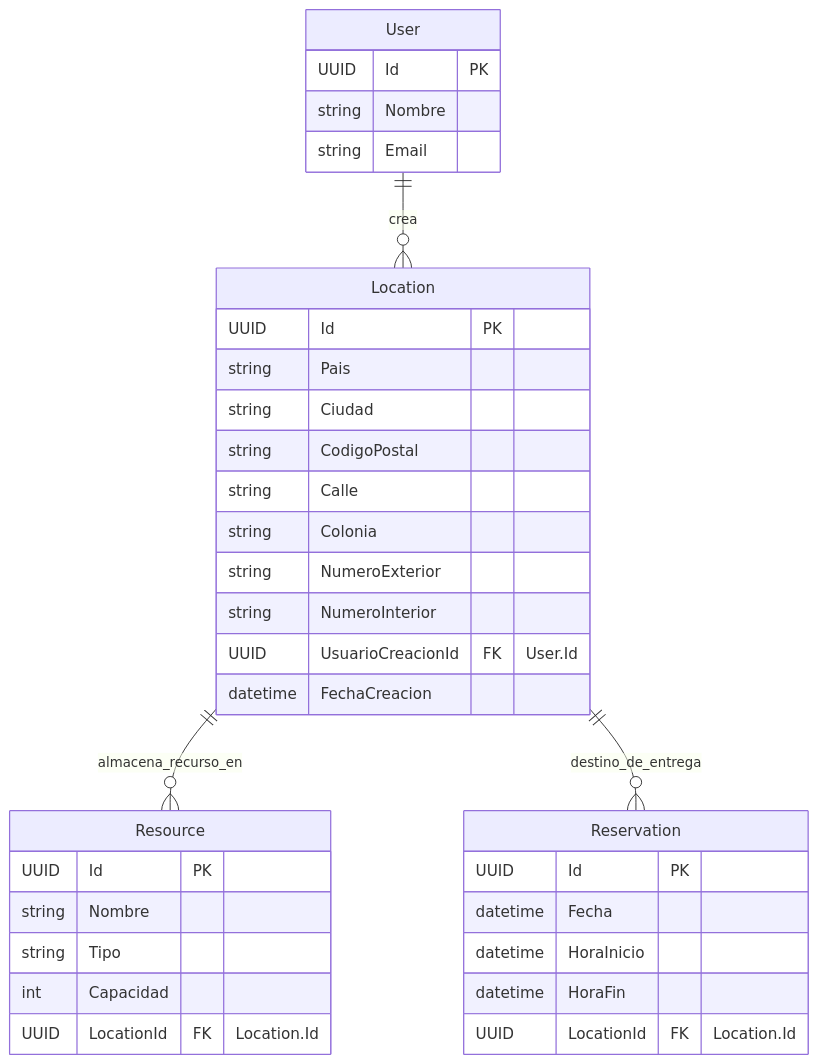
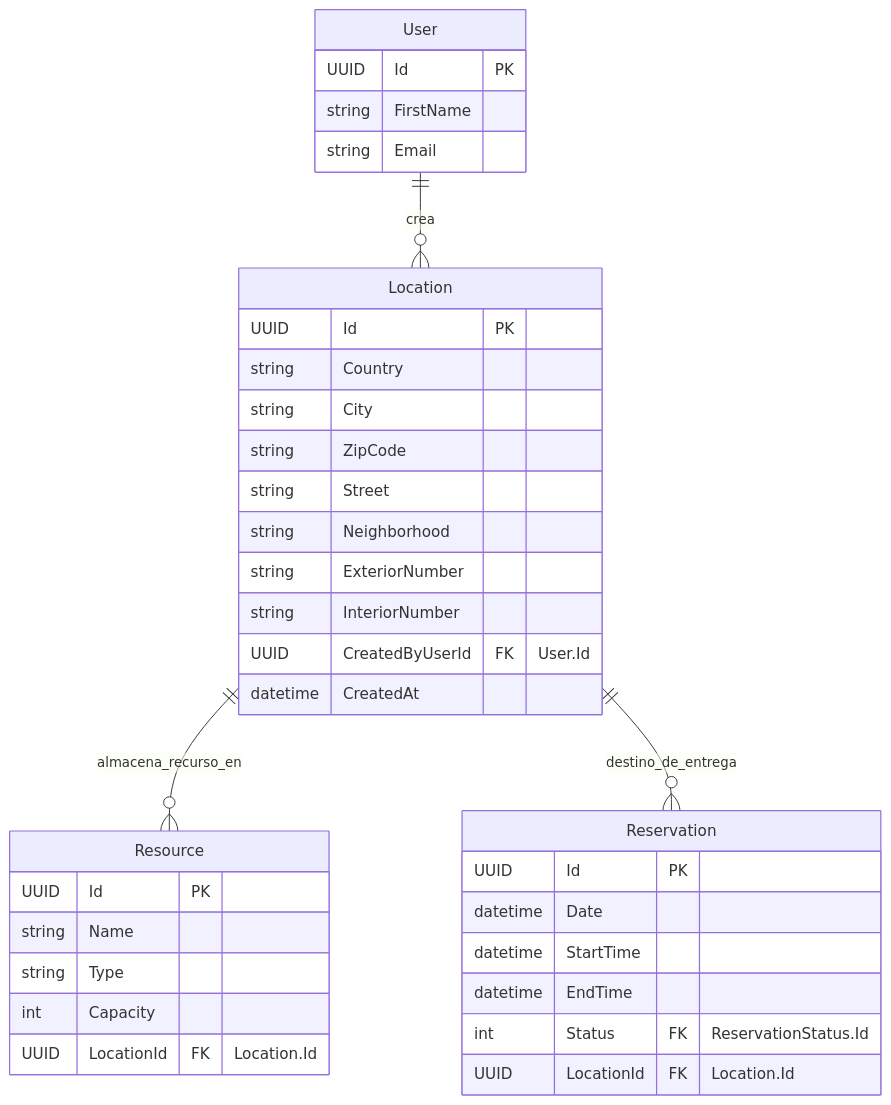
Before and after one commit to jose-angell/EventResourceReservationAppDocs: the diagram in docs/backend/models-domain/location.md, drawn with Mermaid. The commit also changed other lines of this file and 7 other files, not shown here.

````diff
--- a/docs/backend/models-domain/location.md
+++ b/docs/backend/models-domain/location.md
@@ -38,42 +38,42 @@
 ```mermaid
 erDiagram
     User {
         UUID Id PK
-        string Nombre
+        string FirstName
         string Email
     }
-    
    
     Location {
         UUID Id PK
-        string Pais
-        string Ciudad
-        string CodigoPostal
-        string Calle
-        string Colonia
-        string NumeroExterior
-        string NumeroInterior
-        UUID UsuarioCreacionId FK "User.Id"
-        datetime FechaCreacion
+        string Country
+        string City
+        string ZipCode
+        string Street
+        string Neighborhood
+        string ExteriorNumber
+        string InteriorNumber
+        UUID CreatedByUserId FK "User.Id"
+        datetime CreatedAt
     }
 
     Resource {
         UUID Id PK
-        string Nombre
-        string Tipo
-        int Capacidad
+        string Name
+        string Type
+        int Capacity
         UUID LocationId FK "Location.Id"
     }
 
     Reservation {
         UUID Id PK
-        datetime Fecha
-        datetime HoraInicio
-        datetime HoraFin
-        UUID LocationId FK "Location.Id"  
+        datetime Date
+        datetime StartTime
+        datetime EndTime
+        int Status FK "ReservationStatus.Id"
+        UUID LocationId FK "Location.Id"
     }
     
     User ||--o{ Location : "crea"
     Location ||--o{ Resource : "almacena_recurso_en"
     Location ||--o{ Reservation : "destino_de_entrega"
 ```
````
